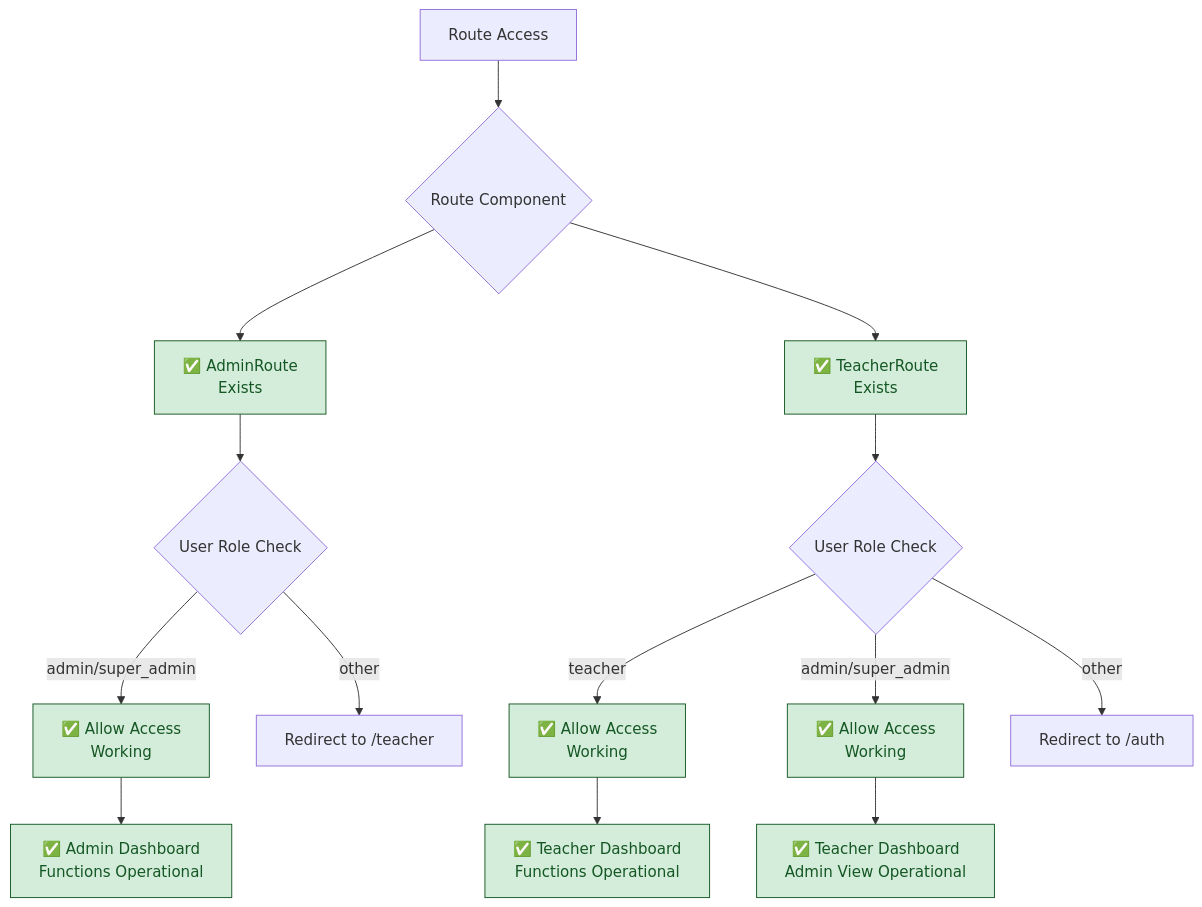
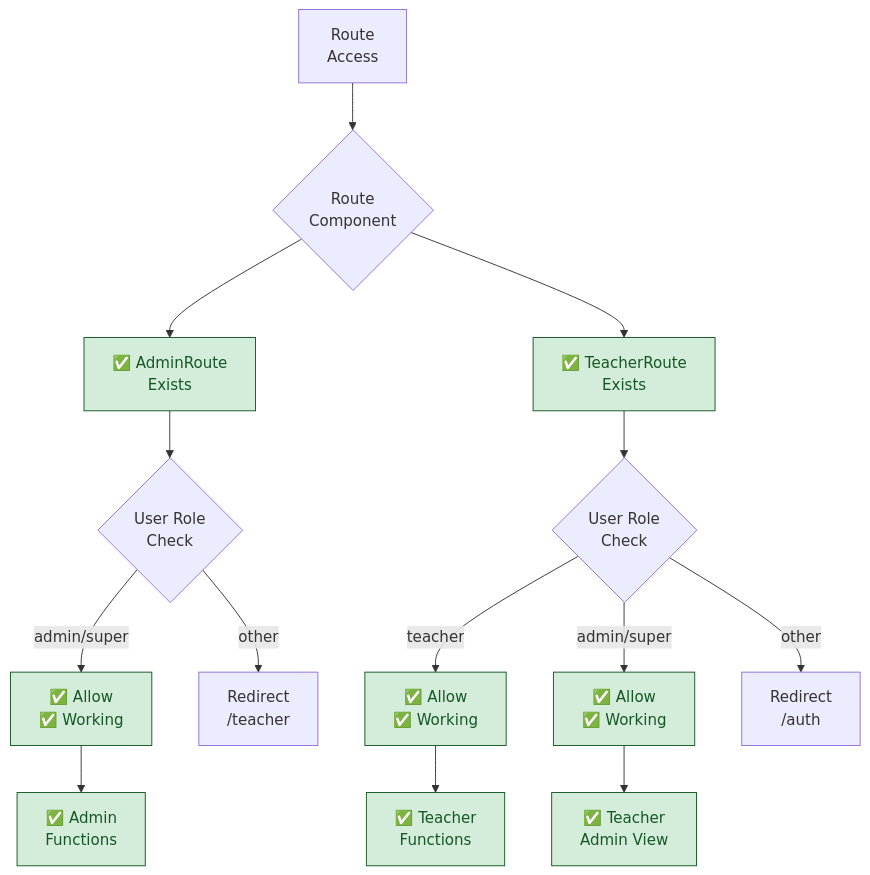
The second of 4 diagrams in docs/flowcharts/Current-State/01-current-authentication-complete.md (Splurfa/bx-os), drawn with Mermaid before and after one commit. The commit also changed other lines of this file, not shown here.

Commit message:
Fix flowchart text rendering

````diff
--- a/docs/flowcharts/Current-State/01-current-authentication-complete.md
+++ b/docs/flowcharts/Current-State/01-current-authentication-complete.md
@@ -38,23 +38,23 @@
 ```mermaid
 flowchart TD
-    A[Route Access] --> B{Route Component}
+    A[Route<br/>Access] --> B{Route<br/>Component}
     B --> C[✅ AdminRoute<br/>Exists]
     B --> D[✅ TeacherRoute<br/>Exists]
     
-    C --> E{User Role Check}
-    E -->|admin/super_admin| F[✅ Allow Access<br/>Working]
-    E -->|other| G[Redirect to /teacher]
+    C --> E{User Role<br/>Check}
+    E -->|admin/super| F[✅ Allow<br/>✅ Working]
+    E -->|other| G[Redirect<br/>/teacher]
     
-    D --> H{User Role Check}
-    H -->|teacher| I[✅ Allow Access<br/>Working]
-    H -->|admin/super_admin| J[✅ Allow Access<br/>Working]
-    H -->|other| K[Redirect to /auth]
+    D --> H{User Role<br/>Check}
+    H -->|teacher| I[✅ Allow<br/>✅ Working]
+    H -->|admin/super| J[✅ Allow<br/>✅ Working]
+    H -->|other| K[Redirect<br/>/auth]
     
-    F --> L[✅ Admin Dashboard<br/>Functions Operational]
-    I --> M[✅ Teacher Dashboard<br/>Functions Operational]
-    J --> N[✅ Teacher Dashboard<br/>Admin View Operational]
+    F --> L[✅ Admin<br/>Functions]
+    I --> M[✅ Teacher<br/>Functions]
+    J --> N[✅ Teacher<br/>Admin View]
     
     classDef working fill:#d4edda,stroke:#155724,color:#155724
     
     class C,D,F,I,J,L,M,N working
 ```
````
